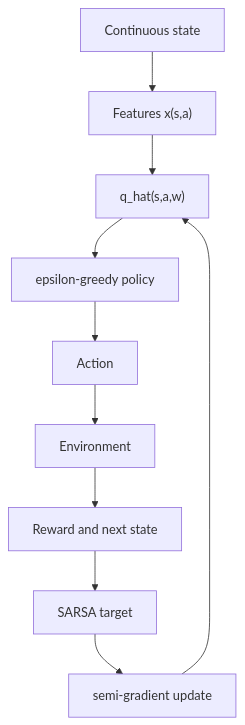
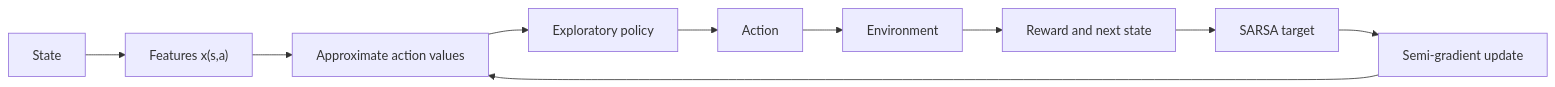
One commit to justinbrianhwang/SJ-wiki changed the diagram in docs/cs/reinforcement-learning/on-policy-control-approximation.md. Above: the diagram before and after it, drawn with Mermaid. The commit also changed other lines of this file and 166 other files, not shown here.

````diff
--- a/docs/cs/reinforcement-learning/on-policy-control-approximation.md
+++ b/docs/cs/reinforcement-learning/on-policy-control-approximation.md
@@ -88,12 +38,12 @@
 ```mermaid
-flowchart TD
-  State[Continuous state] --> Features["Features x(s,a)"]
-  Features --> Qhat["q_hat(s,a,w)"]
-  Qhat --> Policy[epsilon-greedy policy]
-  Policy --> Action[Action]
-  Action --> Env[Environment]
-  Env --> Next[Reward and next state]
-  Next --> Target[SARSA target]
-  Target --> Update[semi-gradient update]
-  Update --> Qhat
+flowchart LR
+  S[State] --> X["Features x(s,a)"]
+  X --> Q[Approximate action values]
+  Q --> P[Exploratory policy]
+  P --> A[Action]
+  A --> E[Environment]
+  E --> N[Reward and next state]
+  N --> T[SARSA target]
+  T --> U[Semi-gradient update]
+  U --> Q
 ```
````
